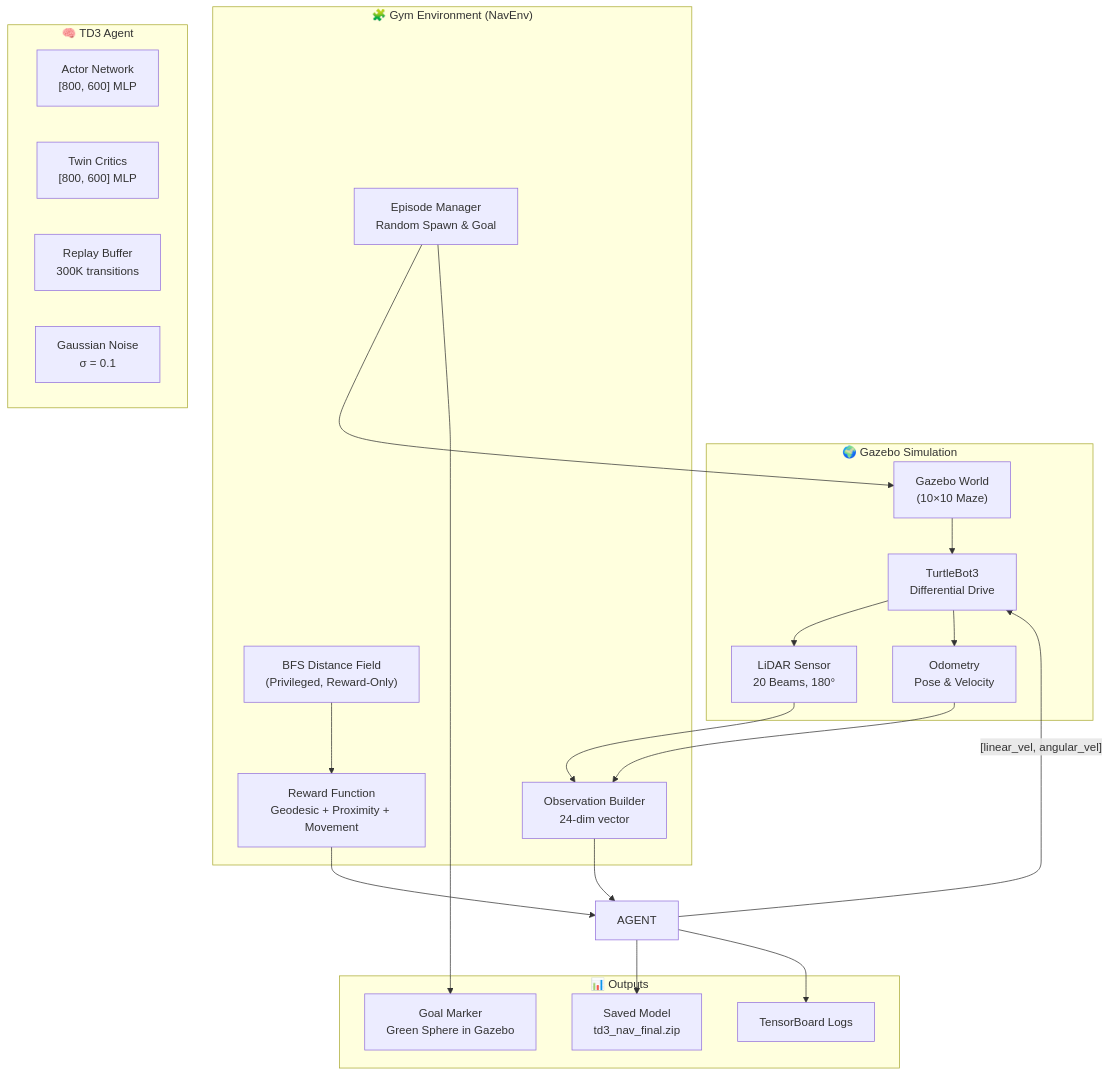
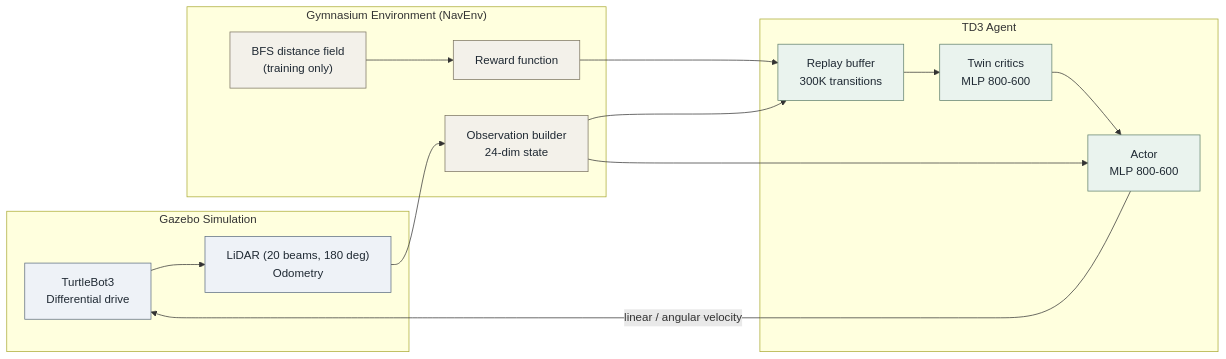
One commit to Satyajit-147/TD3-AutoNav changed the first of 2 diagrams in README.md. Above: the diagram before and after it, drawn with Mermaid. The commit also changed other lines of this file, not shown here.

````diff
--- a/README.md
+++ b/README.md
@@ -23,43 +35,36 @@
 ```mermaid
-flowchart TB
-    subgraph Simulation ["🌍 Gazebo Simulation"]
-        GZ["Gazebo World<br/>(10×10 Maze)"]
-        ROBOT["TurtleBot3<br/>Differential Drive"]
-        LIDAR["LiDAR Sensor<br/>20 Beams, 180°"]
-        ODOM["Odometry<br/>Pose & Velocity"]
+flowchart LR
+    subgraph SIM["Gazebo Simulation"]
+        ROBOT["TurtleBot3<br/>Differential drive"]
+        SENSORS["LiDAR (20 beams, 180 deg)<br/>Odometry"]
     end
 
-    subgraph Environment ["🧩 Gym Environment (NavEnv)"]
-        OBS["Observation Builder<br/>24-dim vector"]
-        REWARD["Reward Function<br/>Geodesic + Proximity + Movement"]
-        RESET["Episode Manager<br/>Random Spawn & Goal"]
-        BFS["BFS Distance Field<br/>(Privileged, Reward-Only)"]
+    subgraph ENV["Gymnasium Environment (NavEnv)"]
+        OBS["Observation builder<br/>24-dim state"]
+        REW["Reward function"]
+        BFS["BFS distance field<br/>(training only)"]
     end
 
-    subgraph Agent ["🧠 TD3 Agent"]
-        ACTOR["Actor Network<br/>[800, 600] MLP"]
-        CRITIC["Twin Critics<br/>[800, 600] MLP"]
-        BUFFER["Replay Buffer<br/>300K transitions"]
-        NOISE["Gaussian Noise<br/>σ = 0.1"]
+    subgraph AGENT["TD3 Agent"]
+        BUF["Replay buffer<br/>300K transitions"]
+        CRITIC["Twin critics<br/>MLP 800-600"]
+        ACTOR["Actor<br/>MLP 800-600"]
     end
 
-    subgraph Outputs ["📊 Outputs"]
-        MODEL["Saved Model<br/>td3_nav_final.zip"]
-        TB["TensorBoard Logs"]
-        MARKER["Goal Marker<br/>Green Sphere in Gazebo"]
-    end
+    ROBOT --> SENSORS
+    SENSORS --> OBS
+    BFS --> REW
+    OBS --> BUF
+    REW --> BUF
+    BUF --> CRITIC
+    CRITIC --> ACTOR
+    OBS --> ACTOR
+    ACTOR -- "linear / angular velocity" --> ROBOT
 
-    GZ --> ROBOT
-    ROBOT --> LIDAR
-    ROBOT --> ODOM
-    LIDAR --> OBS
-    ODOM --> OBS
-    OBS --> AGENT
-    AGENT --> |"[linear_vel, angular_vel]"| ROBOT
-    BFS --> REWARD
-    REWARD --> AGENT
-    RESET --> GZ
-    AGENT --> MODEL
-    AGENT --> TB
-    RESET --> MARKER
+    classDef sim fill:#eef2f7,stroke:#5b6b7f,color:#1f2933;
+    classDef env fill:#f3f1ea,stroke:#7a7360,color:#1f2933;
+    classDef agent fill:#eaf3ee,stroke:#5f7f6b,color:#1f2933;
+    class ROBOT,SENSORS sim;
+    class OBS,REW,BFS env;
+    class BUF,CRITIC,ACTOR agent;
 ```
````
